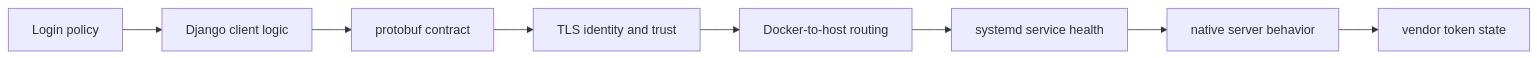
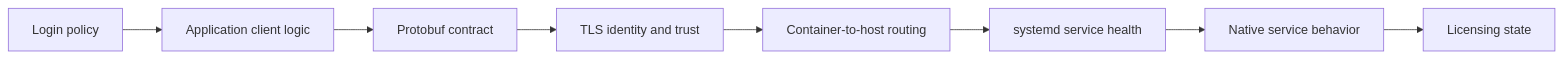
One commit to adelbordbari/adelbordbari.github.io changed the eighth of 8 diagrams in _code/2026-06-27-grpc.md. Above: the diagram before and after it, drawn with Mermaid. The commit also changed other lines of this file, not shown here.

````diff
--- a/_code/2026-06-27-grpc.md
+++ b/_code/2026-06-27-grpc.md
@@ -697,10 +697,10 @@
 ```mermaid
 flowchart LR
-    A[Login policy] --> B[Django client logic]
-    B --> C[protobuf contract]
+    A[Login policy] --> B[Application client logic]
+    B --> C[Protobuf contract]
     C --> D[TLS identity and trust]
-    D --> E[Docker-to-host routing]
+    D --> E[Container-to-host routing]
     E --> F[systemd service health]
-    F --> G[native server behavior]
-    G --> H[vendor token state]
+    F --> G[Native service behavior]
+    G --> H[Licensing state]
 ```
````
